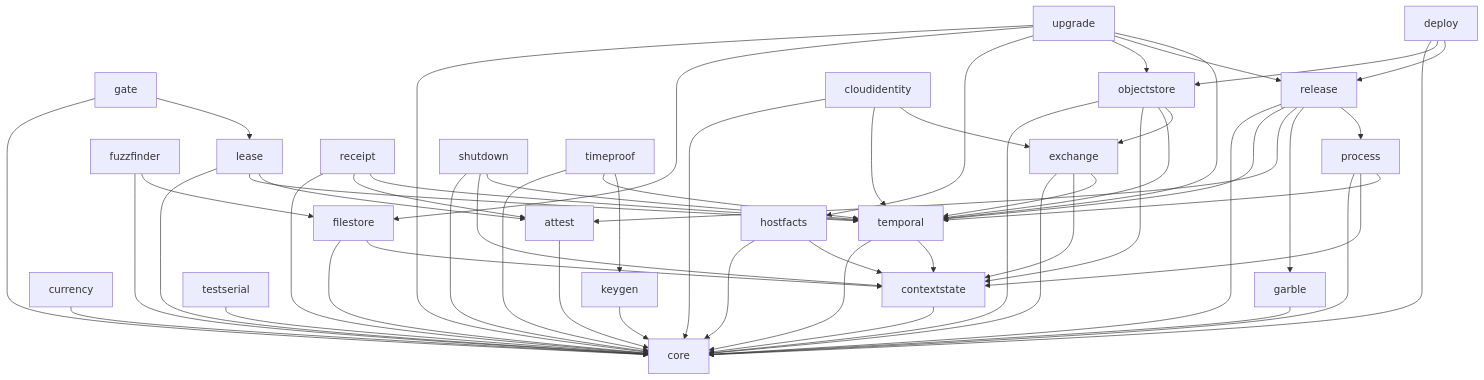
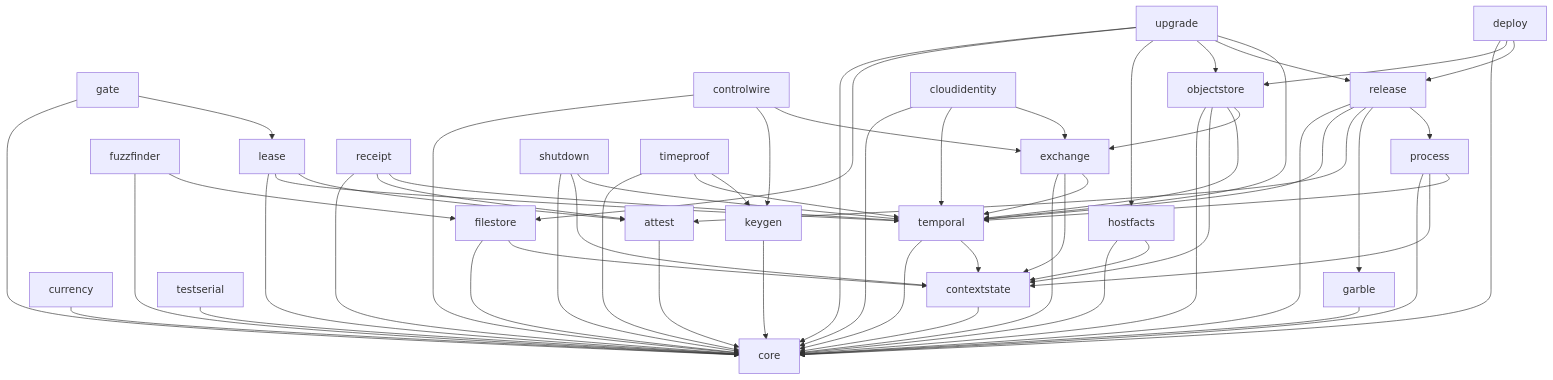
One commit to deliri/primitive changed the diagram in README.md. Above: the diagram before and after it, drawn with Mermaid. The commit also changed 18 other files, not shown here.

````diff
--- a/README.md
+++ b/README.md
@@ -26,65 +26,68 @@
 ```mermaid
 flowchart TD
     core[core]
 
     attest[attest] --> core
     contextstate[contextstate] --> core
     currency[currency] --> core
     garble[garble] --> core
     keygen[keygen] --> core
     testserial[testserial] --> core
 
     filestore[filestore] --> core
     filestore --> contextstate
     hostfacts[hostfacts] --> core
     hostfacts --> contextstate
     temporal[temporal] --> core
     temporal --> contextstate
 
     exchange[exchange] --> core
     exchange --> contextstate
     exchange --> temporal
     fuzzfinder[fuzzfinder] --> core
     fuzzfinder --> filestore
     lease[lease] --> core
     lease --> temporal
     lease --> attest
     gate[gate] --> core
     gate --> lease
     receipt[receipt] --> core
     receipt --> attest
     receipt --> temporal
+    controlwire[controlwire] --> core
+    controlwire --> keygen
+    controlwire --> exchange
     process[process] --> core
     process --> contextstate
     process --> temporal
     release[release] --> core
     release --> temporal
     release --> attest
     release --> garble
     release --> process
     shutdown[shutdown] --> core
     shutdown --> contextstate
     shutdown --> temporal
 
     objectstore[objectstore] --> core
     objectstore --> contextstate
     objectstore --> temporal
     objectstore --> exchange
     timeproof[timeproof] --> core
     timeproof --> temporal
     timeproof --> keygen
     cloudidentity[cloudidentity] --> core
     cloudidentity --> temporal
     cloudidentity --> exchange
 
     deploy[deploy] --> core
     deploy --> objectstore
     deploy --> release
 
     upgrade[upgrade] --> core
     upgrade --> filestore
     upgrade --> hostfacts
     upgrade --> objectstore
     upgrade --> release
     upgrade --> temporal
 ```
````
